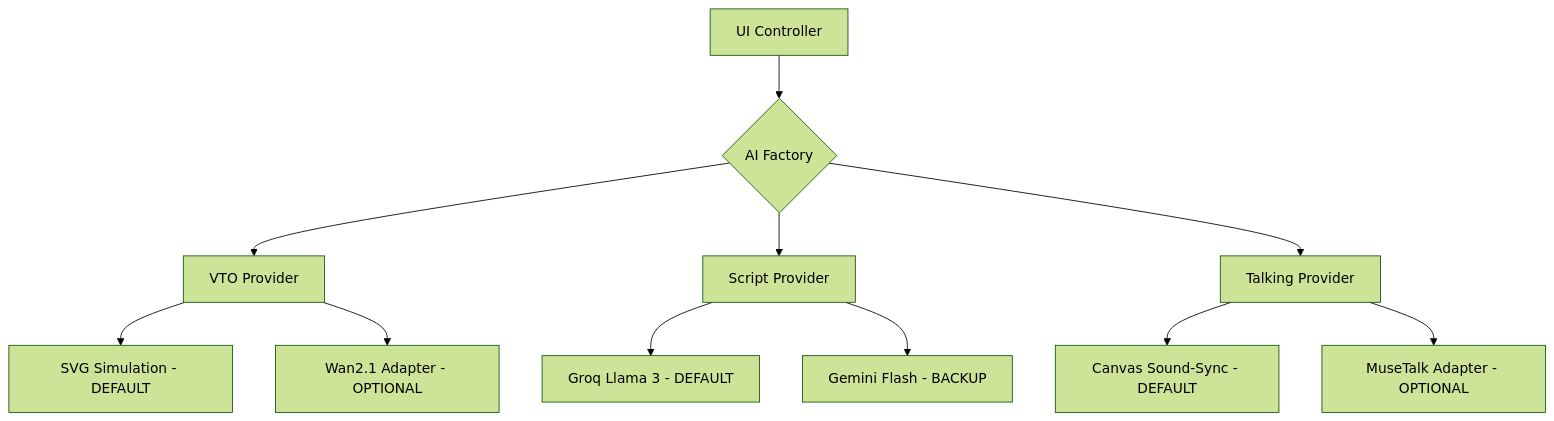
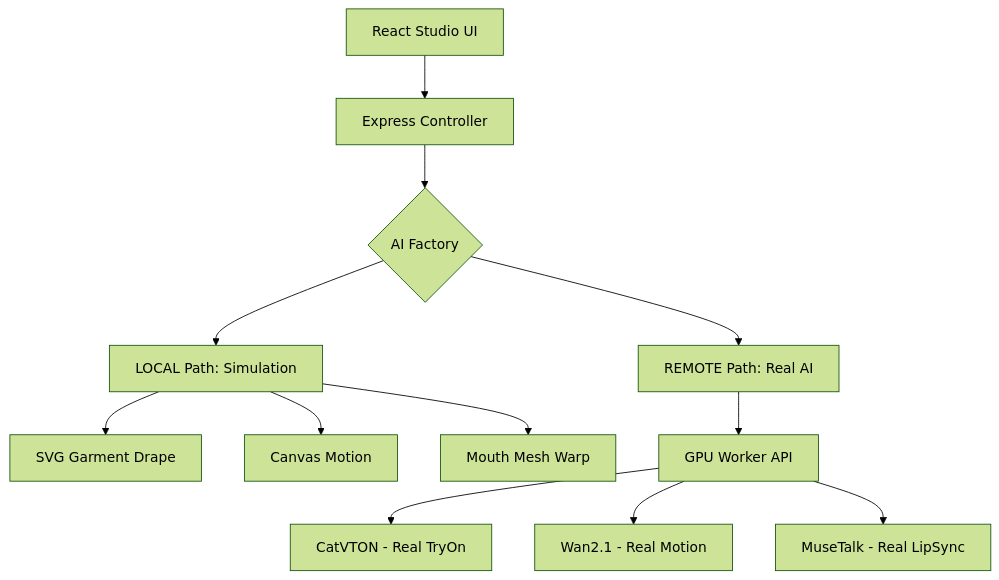
The diagram in ARCHITECTURE_TARGET.md (lakshmistoresonline-afk/VirtualFashionStudio), drawn with Mermaid (forest theme) before and after one commit. The commit also changed other lines of this file and 62 other files, not shown here.

````diff
--- a/ARCHITECTURE_TARGET.md
+++ b/ARCHITECTURE_TARGET.md
@@ -5,16 +3,17 @@
 ```mermaid
 graph TD
-    A[UI Controller] --> B{AI Factory}
-    B --> C[VTO Provider]
-    B --> D[Script Provider]
-    B --> E[Talking Provider]
+    A[React Studio UI] --> B[Express Controller]
+    B --> C{AI Factory}
     
-    C --> C1[SVG Simulation - DEFAULT]
-    C --> C2[Wan2.1 Adapter - OPTIONAL]
+    C --> D[LOCAL Path: Simulation]
+    C --> E[REMOTE Path: Real AI]
     
-    D --> D1[Groq Llama 3 - DEFAULT]
-    D --> D2[Gemini Flash - BACKUP]
+    D --> D1[SVG Garment Drape]
+    D --> D2[Canvas Motion]
+    D --> D3[Mouth Mesh Warp]
     
-    E --> E1[Canvas Sound-Sync - DEFAULT]
-    E --> E2[MuseTalk Adapter - OPTIONAL]
+    E --> E1[GPU Worker API]
+    E1 --> E2[CatVTON - Real TryOn]
+    E1 --> E3[Wan2.1 - Real Motion]
+    E1 --> E4[MuseTalk - Real LipSync]
 ```
````
